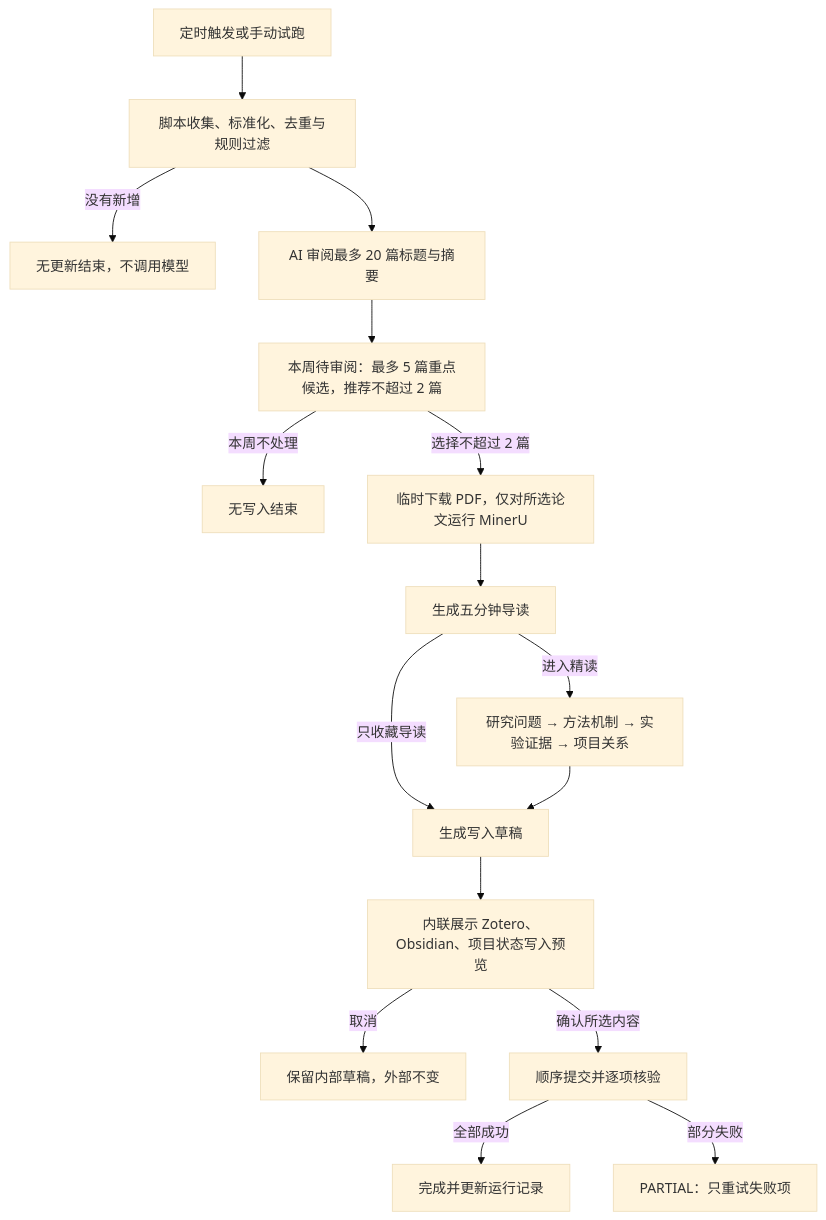
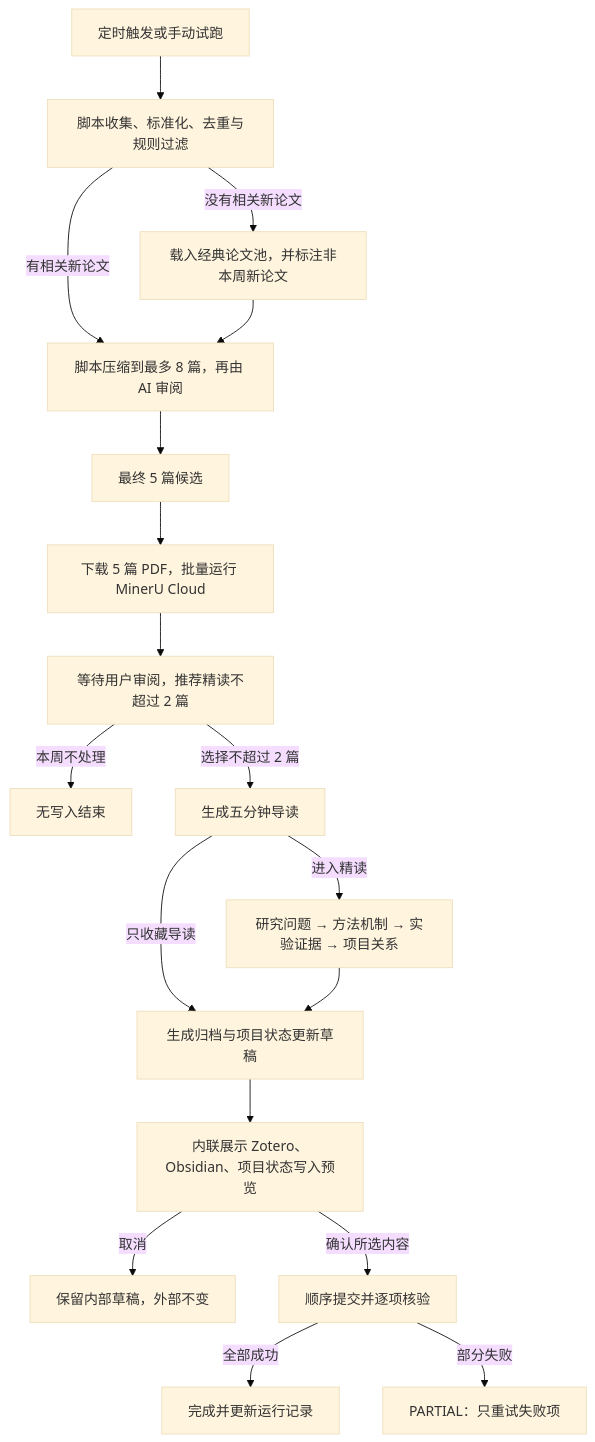
One commit to yuzhou4t/pi changed the diagram in docs/v1-journal-reading-workflow.md. Above: the diagram before and after it, drawn with Mermaid (base theme). The commit also changed other lines of this file and 177 other files, not shown here.

````diff
--- a/docs/v1-journal-reading-workflow.md
+++ b/docs/v1-journal-reading-workflow.md
@@ -97,18 +97,20 @@
 ```mermaid
 flowchart TD
   A["定时触发或手动试跑"] --> B["脚本收集、标准化、去重与规则过滤"]
-  B -->|"没有新增"| N["无更新结束，不调用模型"]
-  B --> C["AI 审阅最多 20 篇标题与摘要"]
-  C --> D["本周待审阅：最多 5 篇重点候选，推荐不超过 2 篇"]
-  D -->|"本周不处理"| X["无写入结束"]
-  D -->|"选择不超过 2 篇"| E["临时下载 PDF，仅对所选论文运行 MinerU"]
-  E --> F["生成五分钟导读"]
-  F -->|"只收藏导读"| H["生成写入草稿"]
+  B -->|"有相关新论文"| C["脚本压缩到最多 8 篇，再由 AI 审阅"]
+  B -->|"没有相关新论文"| N["载入经典论文池，并标注非本周新论文"]
+  N --> C
+  C --> D["最终 5 篇候选"]
+  D --> E["下载 5 篇 PDF，批量运行 MinerU Cloud"]
+  E --> R["等待用户审阅，推荐精读不超过 2 篇"]
+  R -->|"本周不处理"| X["无写入结束"]
+  R -->|"选择不超过 2 篇"| F["生成五分钟导读"]
+  F -->|"只收藏导读"| H["生成归档与项目状态更新草稿"]
   F -->|"进入精读"| G["研究问题 → 方法机制 → 实验证据 → 项目关系"]
   G --> H
   H --> I["内联展示 Zotero、Obsidian、项目状态写入预览"]
   I -->|"取消"| P["保留内部草稿，外部不变"]
   I -->|"确认所选内容"| J["顺序提交并逐项核验"]
   J -->|"全部成功"| K["完成并更新运行记录"]
   J -->|"部分失败"| L["PARTIAL：只重试失败项"]
 ```
````
